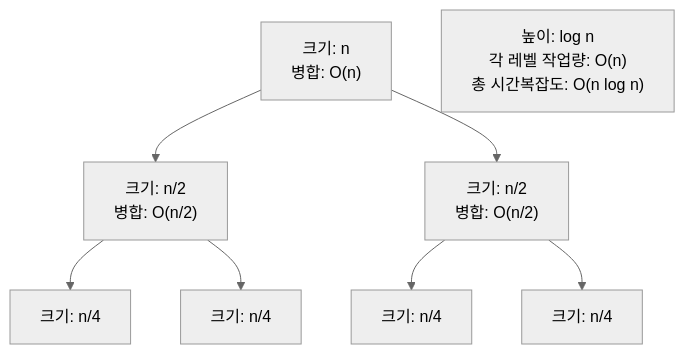
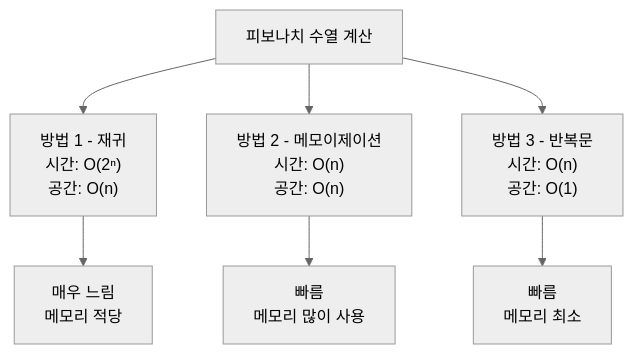
One commit to nugurejeil/weniVooks changed the second of 2 diagrams in _md/essentials-codingtest/chapter02/02-2.md. Above: the diagram before and after it, drawn with Mermaid (neutral theme). The commit also changed other lines of this file and 5 other files, not shown here.

````diff
--- a/_md/essentials-codingtest/chapter02/02-2.md
+++ b/_md/essentials-codingtest/chapter02/02-2.md
@@ -370,12 +365,10 @@
 ```mermaid
 graph TD
-    A["크기: n<br/>병합: O(n)"] --> B["크기: n/2<br/>병합: O(n/2)"]
-    A --> C["크기: n/2<br/>병합: O(n/2)"]
+    A["피보나치 수열 계산"] --> B["방법 1 - 재귀<br/>시간: O(2ⁿ)<br/>공간: O(n)"]
+    A --> C["방법 2 - 메모이제이션<br/>시간: O(n)<br/>공간: O(n)"]
+    A --> D["방법 3 - 반복문<br/>시간: O(n)<br/>공간: O(1)"]
 
-    B --> D["크기: n/4"]
-    B --> E["크기: n/4"]
-    C --> F["크기: n/4"]
-    C --> G["크기: n/4"]
-
-    H["높이: log n<br/>각 레벨 작업량: O(n)<br/>총 시간복잡도: O(n log n)"]
+    B --> B1["매우 느림<br/>메모리 적당"]
+    C --> C1["빠름<br/>메모리 많이 사용"]
+    D --> D1["빠름<br/>메모리 최소"]
 ```
````
